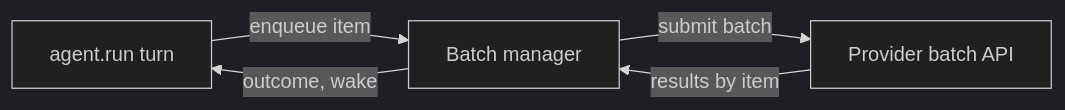
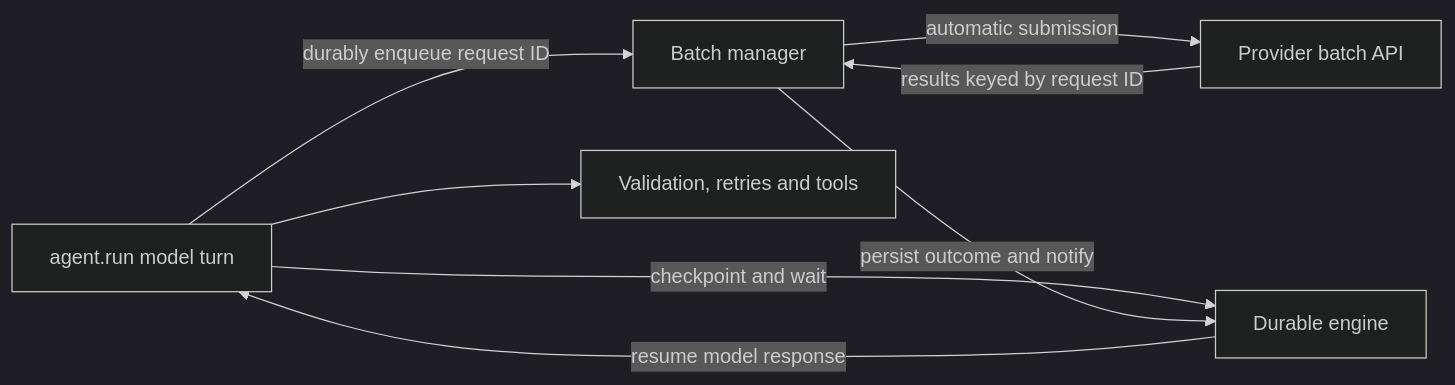
One commit to pydantic/pydantic-ai changed the diagram in PLAN.md. Above: the diagram before and after it, drawn with Mermaid (dark theme). The commit also changed other lines of this file, not shown here.

Commit message:
Clarify durable batching ownership and automatic continuation

````diff
--- a/PLAN.md
+++ b/PLAN.md
@@ -39,7 +39,10 @@
 ```mermaid
 flowchart LR
-  A[agent.run turn] -->|enqueue item| M[Batch manager]
-  M -->|submit batch| P[Provider batch API]
-  P -->|results by item| M
-  M -->|outcome, wake| A
+  A[agent.run model turn] -->|durably enqueue request ID| M[Batch manager]
+  A -->|checkpoint and wait| D[Durable engine]
+  M -->|automatic submission| P[Provider batch API]
+  P -->|results keyed by request ID| M
+  M -->|persist outcome and notify| D
+  D -->|resume model response| A
+  A --> T[Validation, retries and tools]
 ```
````
